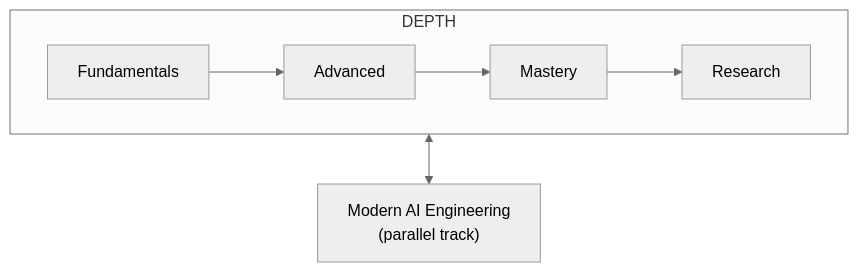
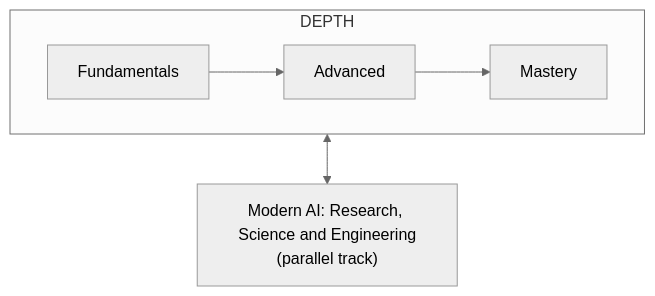
Before and after one commit to robotbrainlab/robotbrainlab.github.io: the first of 4 diagrams in _sources/ai-roadmap/ROADMAP.md, drawn with Mermaid (neutral theme). The commit also changed other lines of this file and 176 other files, not shown here.

````diff
--- a/_sources/ai-roadmap/ROADMAP.md
+++ b/_sources/ai-roadmap/ROADMAP.md
@@ -129,9 +128,9 @@
 ```mermaid
 flowchart TB
     subgraph DEPTH["DEPTH"]
         direction LR
-        F["Fundamentals"] --> A["Advanced"] --> M["Mastery"] --> R["Research"]
+        F["Fundamentals"] --> A["Advanced"] --> M["Mastery"]
     end
-    MAE["Modern AI Engineering<br/>(parallel track)"]
+    MAE["Modern AI: Research, Science and Engineering<br/>(parallel track)"]
     DEPTH <--> MAE
 ```
````
